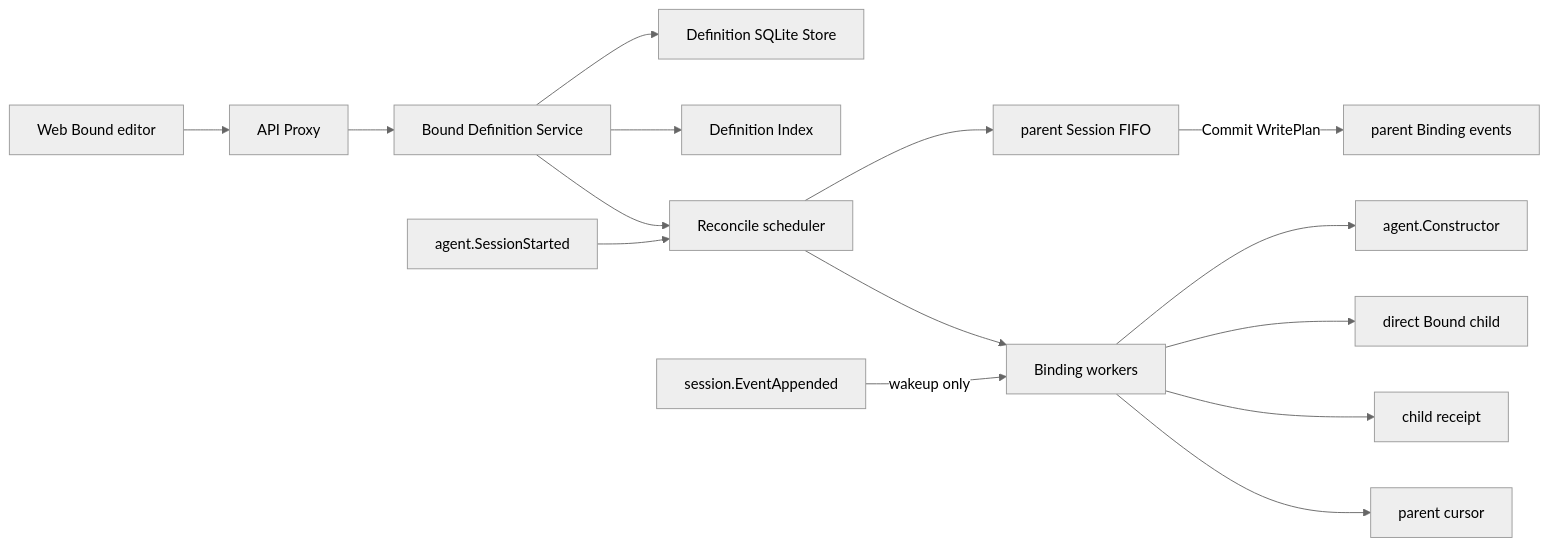
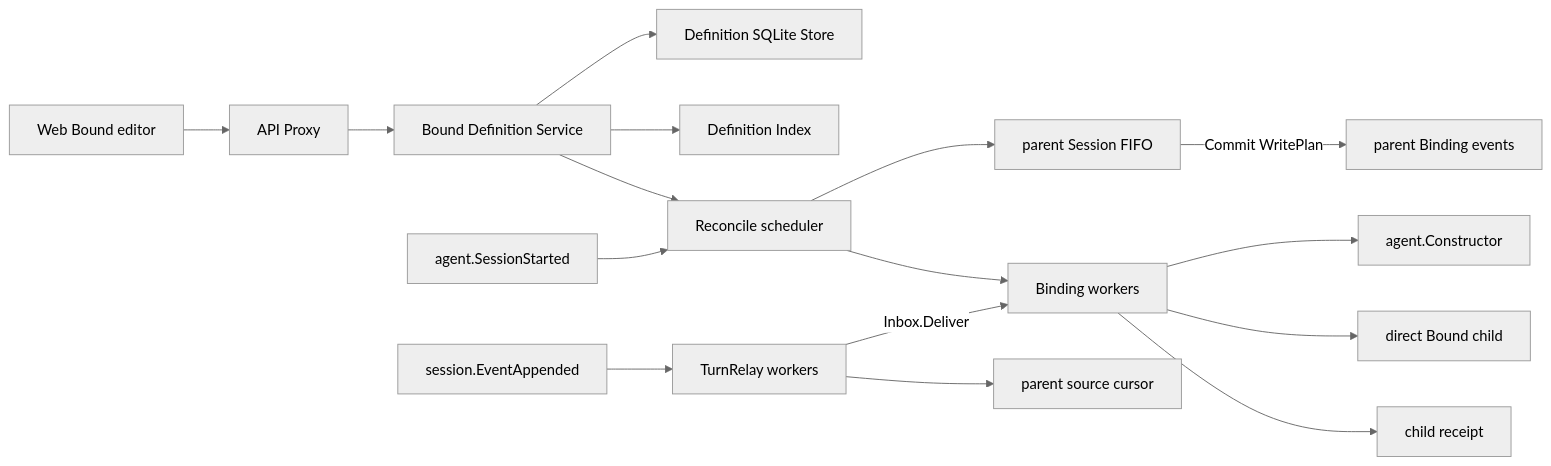
The first of 2 diagrams in subagent/docs/parent-bound-design.zh-CN.md (gorenx/goren), drawn with Mermaid (neutral theme) before and after one commit. The commit also changed other lines of this file and 9 other files, not shown here.

Commit message:
docs(bound): document inbox and turn relay ownership

````diff
--- a/subagent/docs/parent-bound-design.zh-CN.md
+++ b/subagent/docs/parent-bound-design.zh-CN.md
@@ -21,17 +22,18 @@
 ```mermaid
 flowchart LR
     Web[Web Bound editor] --> API[API Proxy]
     API --> Definitions[Bound Definition Service]
     Definitions --> Store[Definition SQLite Store]
     Definitions --> Index[Definition Index]
     Definitions --> Reconcile[Reconcile scheduler]
     Started[agent.SessionStarted] --> Reconcile
     Reconcile --> Parent[parent Session FIFO]
     Parent -->|Commit WritePlan| Bindings[parent Binding events]
     Reconcile --> Workers[Binding workers]
     Workers --> Constructor[agent.Constructor]
     Workers --> Child[direct Bound child]
-    Event[session.EventAppended] -->|wakeup only| Workers
+    Event[session.EventAppended] --> Relay[TurnRelay workers]
+    Relay -->|Inbox.Deliver| Workers
     Workers --> Receipts[child receipt]
-    Workers --> Cursor[parent cursor]
+    Relay --> Cursor[parent source cursor]
 ```
````
